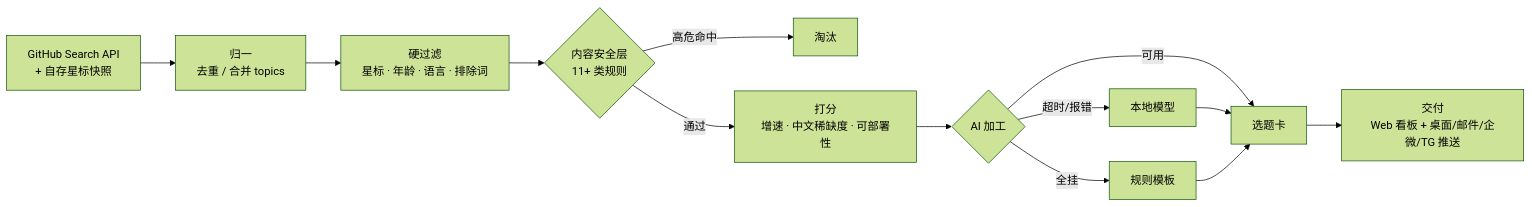
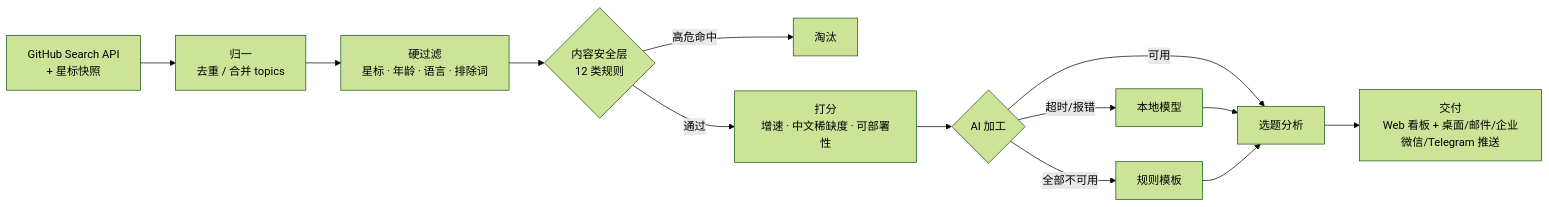
Before and after one commit to cyn-nya/intel-radar: the diagram in README.md, drawn with Mermaid (forest theme). The commit also changed other lines of this file and 1 other file, not shown here.

````diff
--- a/README.md
+++ b/README.md
@@ -56,13 +52,13 @@
 ```mermaid
 flowchart LR
-    A["GitHub Search API<br/>+ 自存星标快照"] --> B["归一<br/>去重 / 合并 topics"]
+    A["GitHub Search API<br/>+ 星标快照"] --> B["归一<br/>去重 / 合并 topics"]
     B --> C["硬过滤<br/>星标 · 年龄 · 语言 · 排除词"]
-    C --> D{"内容安全层<br/>11+ 类规则"}
+    C --> D{"内容安全层<br/>12 类规则"}
     D -->|高危命中| X["淘汰"]
     D -->|通过| E["打分<br/>增速 · 中文稀缺度 · 可部署性"]
     E --> F{"AI 加工"}
-    F -->|"可用"| G["选题卡"]
+    F -->|"可用"| G["选题分析"]
     F -->|"超时/报错"| G2["本地模型"] --> G
-    F -->|"全挂"| G3["规则模板"] --> G
-    G --> H["交付<br/>Web 看板 + 桌面/邮件/企微/TG 推送"]
+    F -->|"全部不可用"| G3["规则模板"] --> G
+    G --> H["交付<br/>Web 看板 + 桌面/邮件/企业微信/Telegram 推送"]
 ```
````
